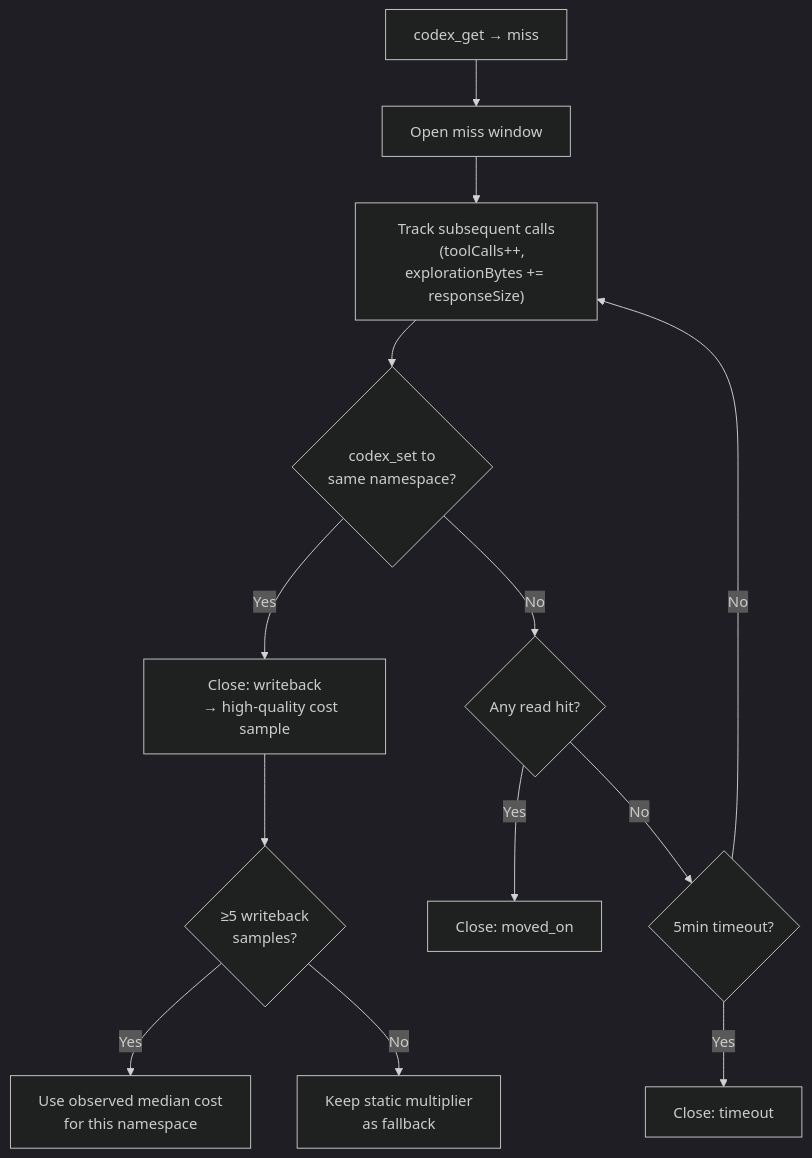
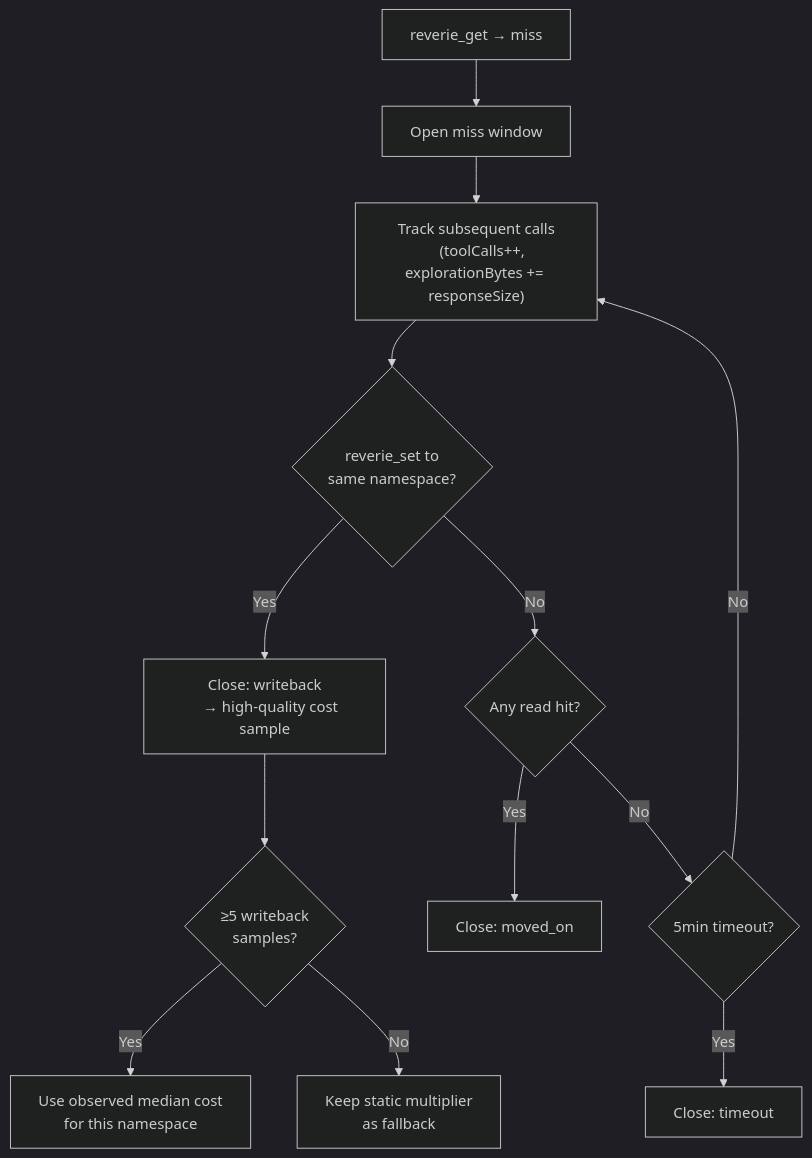
Before and after one commit to seabearDEV/Reverie: the fourth of 6 diagrams in docs/token-savings.md, drawn with Mermaid (dark theme). The commit also changed other lines of this file and 162 other files, not shown here.

````diff
--- a/docs/token-savings.md
+++ b/docs/token-savings.md
@@ -261,22 +261,22 @@
 ```mermaid
 flowchart TD
-    MISS["codex_get → miss"] --> OPEN["Open miss window"]
+    MISS["reverie_get → miss"] --> OPEN["Open miss window"]
     OPEN --> ACC["Track subsequent calls
     (toolCalls++, explorationBytes += responseSize)"]
-    ACC --> WB{"codex_set to
+    ACC --> WB{"reverie_set to
     same namespace?"}
     WB -->|Yes| CLOSE_WB["Close: writeback
     → high-quality cost sample"]
     WB -->|No| HIT{"Any read hit?"}
     HIT -->|Yes| CLOSE_MO["Close: moved_on"]
     HIT -->|No| TO{"5min timeout?"}
     TO -->|Yes| CLOSE_TO["Close: timeout"]
     TO -->|No| ACC
 
     CLOSE_WB --> CAL{"≥5 writeback
     samples?"}
     CAL -->|Yes| OBS["Use observed median cost
     for this namespace"]
     CAL -->|No| STATIC["Keep static multiplier
     as fallback"]
 ```
````
